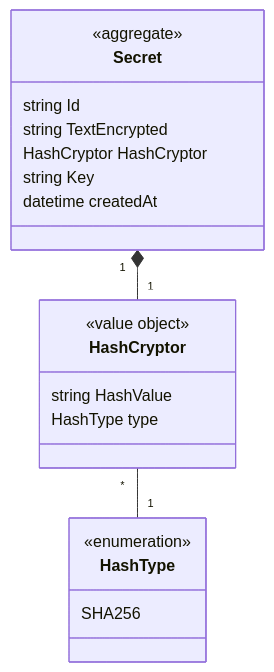
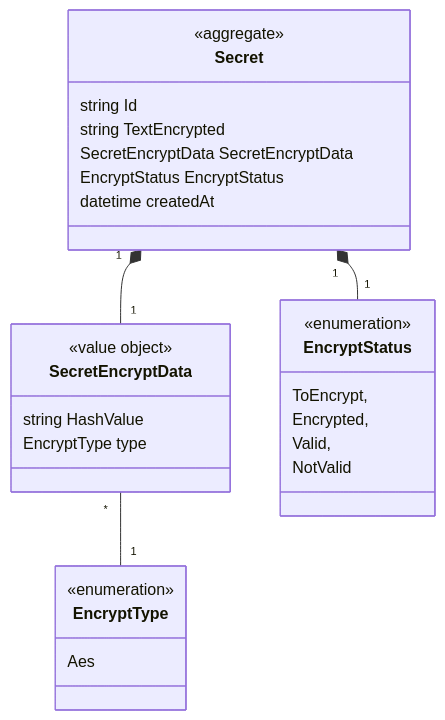
One commit to luanmds/projects-to-study changed the diagram in EncryptStreamProject/diagrams/domain.md. Above: the diagram before and after it, drawn with Mermaid. The commit also changed 33 other files, not shown here.

````diff
--- a/EncryptStreamProject/diagrams/domain.md
+++ b/EncryptStreamProject/diagrams/domain.md
@@ -3,26 +3,35 @@
 ```mermaid
 classDiagram 
 
-    class Secret{
+    class Secret {
         <<aggregate>>
         string Id
         string TextEncrypted
-        HashCryptor HashCryptor
-        string Key
+        SecretEncryptData SecretEncryptData
+        EncryptStatus EncryptStatus
         datetime createdAt
     }
 
-    class HashCryptor{
+    class SecretEncryptData{
         <<value object>>
         string HashValue
-        HashType type
+        EncryptType type
     }
 
-    class HashType{
+    class EncryptType{
         <<enumeration>>
-        SHA256
+        Aes
+    }
+    
+    class EncryptStatus{
+        <<enumeration>>
+        ToEncrypt,
+        Encrypted,
+        Valid,
+        NotValid
     }
 
-    Secret "1" *-- "1" HashCryptor
-    HashCryptor "*" -- "1" HashType
+    Secret "1" *-- "1" SecretEncryptData
+    Secret "1" *-- "1" EncryptStatus
+    SecretEncryptData "*" -- "1" EncryptType
 ```
````
